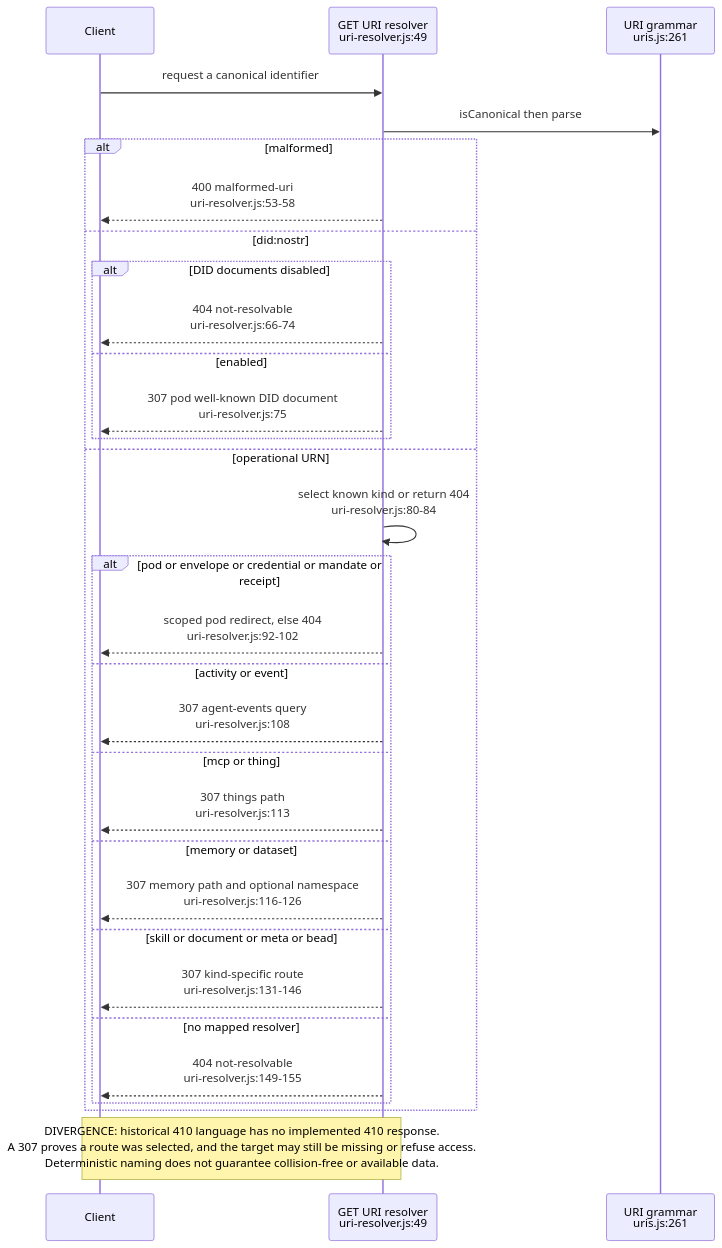
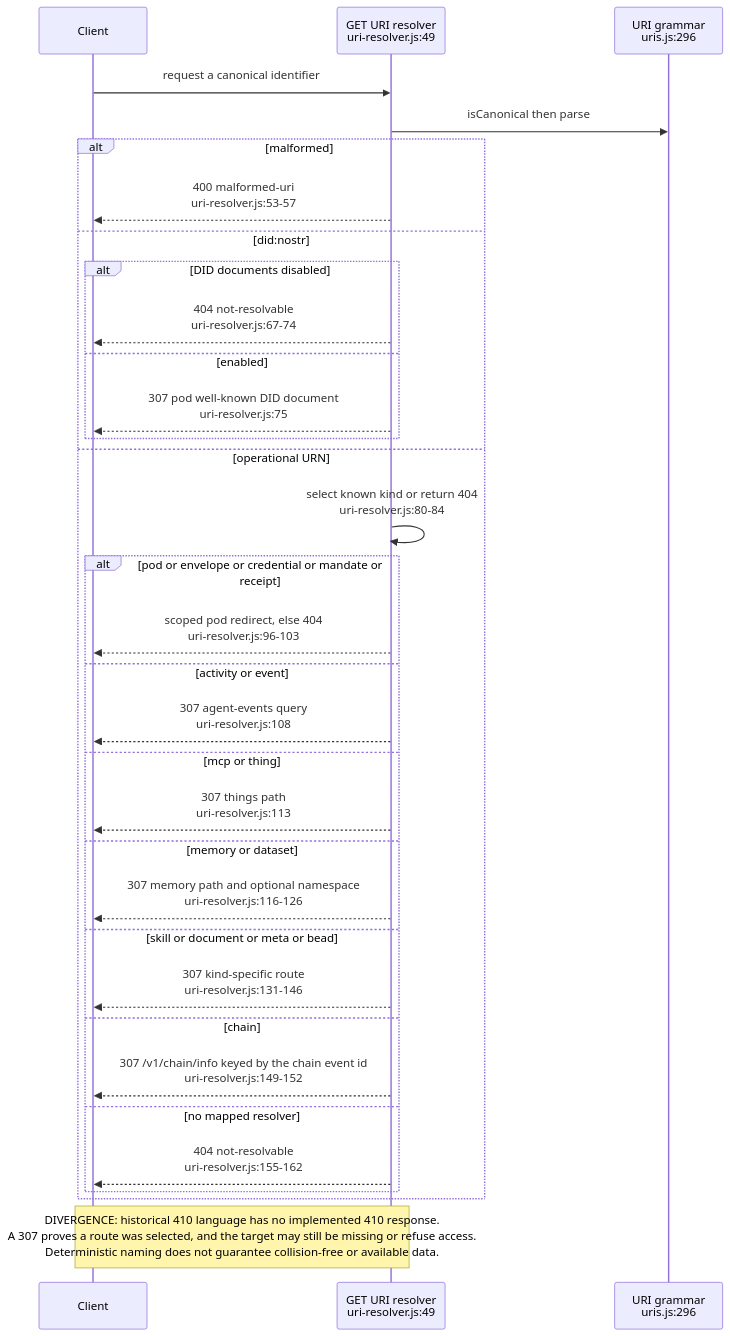
Before and after one commit to DreamLab-AI/VisionFlow: the eighth of 12 diagrams in docs/diagrams/estate/03-cross-repo-federation-contract.md, drawn with Mermaid. The commit also changed other lines of this file and 111 other files, not shown here.

Commit message:
docs(diagrams): align estate maps with current source

````diff
--- a/docs/diagrams/estate/03-cross-repo-federation-contract.md
+++ b/docs/diagrams/estate/03-cross-repo-federation-contract.md
@@ -324,33 +326,35 @@
 ```mermaid
 sequenceDiagram
     participant C as Client
     participant R as GET URI resolver<br/>uri-resolver.js:49
-    participant U as URI grammar<br/>uris.js:261
+    participant U as URI grammar<br/>uris.js:296
     C->>R: request a canonical identifier
     R->>U: isCanonical then parse
     alt malformed
-        R-->>C: 400 malformed-uri<br/>uri-resolver.js:53-58
+        R-->>C: 400 malformed-uri<br/>uri-resolver.js:53-57
     else did:nostr
         alt DID documents disabled
-            R-->>C: 404 not-resolvable<br/>uri-resolver.js:66-74
+            R-->>C: 404 not-resolvable<br/>uri-resolver.js:67-74
         else enabled
             R-->>C: 307 pod well-known DID document<br/>uri-resolver.js:75
         end
     else operational URN
         R->>R: select known kind or return 404<br/>uri-resolver.js:80-84
         alt pod or envelope or credential or mandate or receipt
-            R-->>C: scoped pod redirect, else 404<br/>uri-resolver.js:92-102
+            R-->>C: scoped pod redirect, else 404<br/>uri-resolver.js:96-103
         else activity or event
             R-->>C: 307 agent-events query<br/>uri-resolver.js:108
         else mcp or thing
             R-->>C: 307 things path<br/>uri-resolver.js:113
         else memory or dataset
             R-->>C: 307 memory path and optional namespace<br/>uri-resolver.js:116-126
         else skill or document or meta or bead
             R-->>C: 307 kind-specific route<br/>uri-resolver.js:131-146
+        else chain
+            R-->>C: 307 /v1/chain/info keyed by the chain event id<br/>uri-resolver.js:149-152
         else no mapped resolver
-            R-->>C: 404 not-resolvable<br/>uri-resolver.js:149-155
+            R-->>C: 404 not-resolvable<br/>uri-resolver.js:155-162
         end
     end
     Note over R,C: DIVERGENCE: historical 410 language has no implemented 410 response.<br/>A 307 proves a route was selected, and the target may still be missing or refuse access.<br/>Deterministic naming does not guarantee collision-free or available data.
 ```
````
